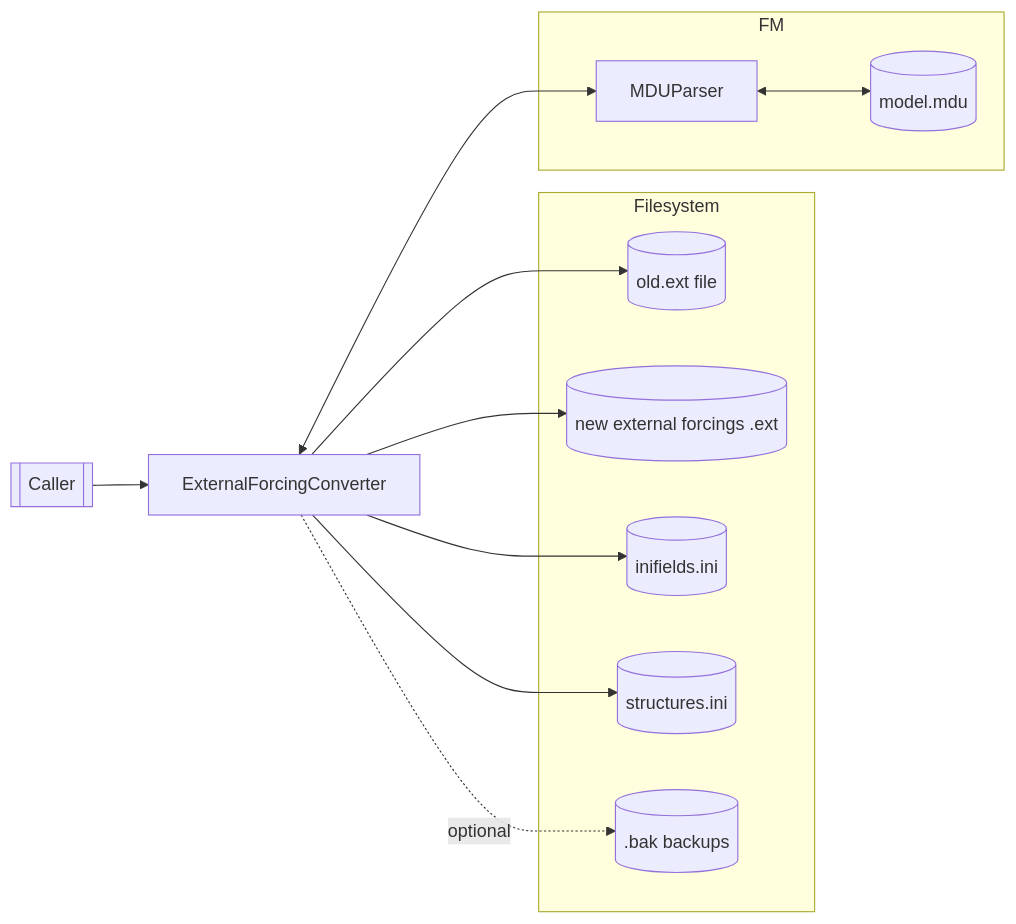
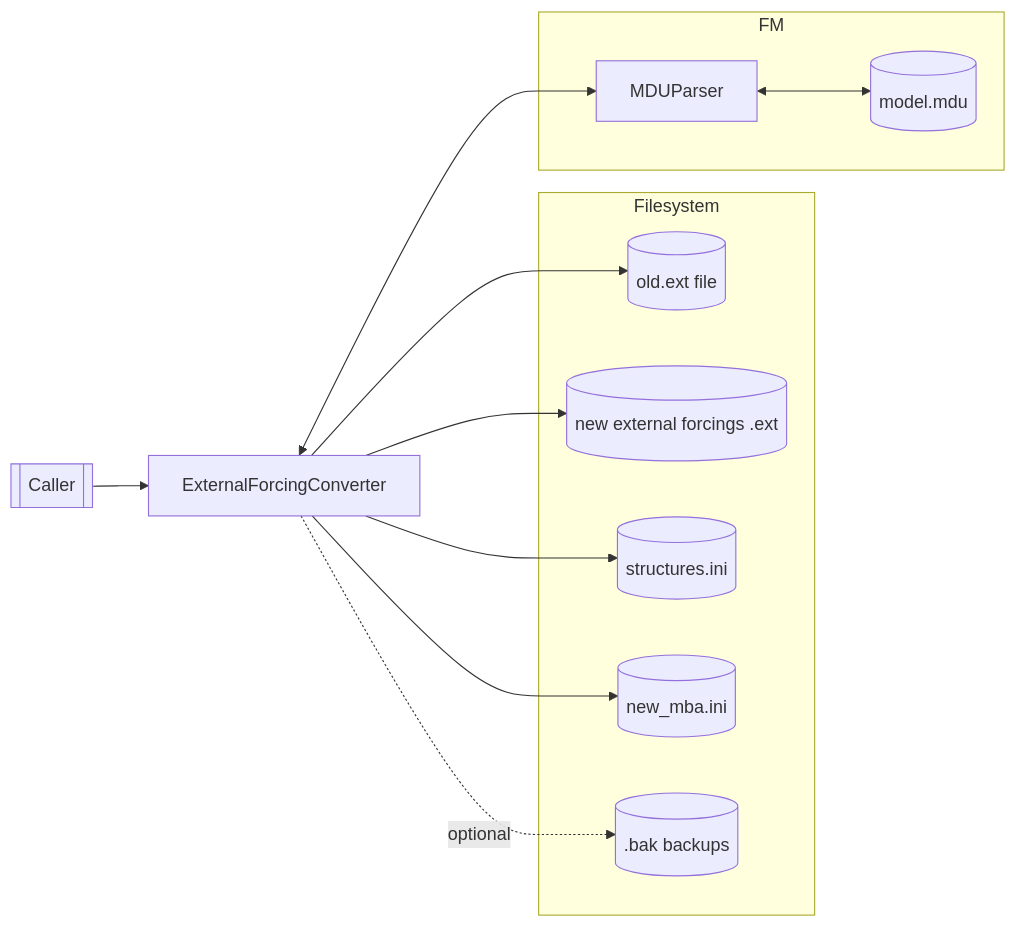
The first of 4 diagrams in docs/reference/tools/extforce-convert/extforce_convert.md (Deltares/HYDROLIB-core), drawn with Mermaid before and after one commit. The commit also changed other lines of this file and 2 other files, not shown here.

````diff
--- a/docs/reference/tools/extforce-convert/extforce_convert.md
+++ b/docs/reference/tools/extforce-convert/extforce_convert.md
@@ -274,25 +288,25 @@
 ```mermaid
 graph LR
     subgraph Filesystem
       OldExt[(old.ext file)]
       NewExt[(new external forcings .ext)]
-      NewIni[(inifields.ini)]
       NewStr[(structures.ini)]
+      NewMba[(new_mba.ini)]
       Backups[(.bak backups)]
     end
 
     Client[[Caller]] --> Conv[ExternalForcingConverter]
     Conv --> OldExt
     Conv --> NewExt
-    Conv --> NewIni
     Conv --> NewStr
+    Conv --> NewMba
     Conv -. optional .-> Backups
 
     subgraph FM
       MDU[MDUParser]
       MDUFile[(model.mdu)]
     end
 
     Conv <--> MDU
     MDU <--> MDUFile
 ```
````
